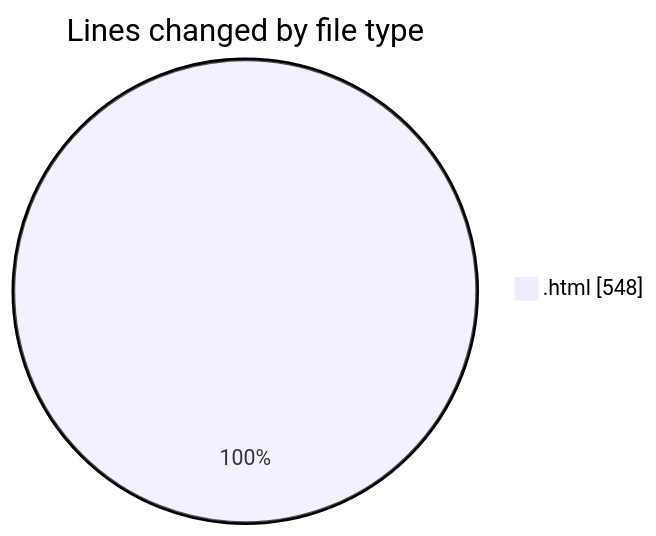
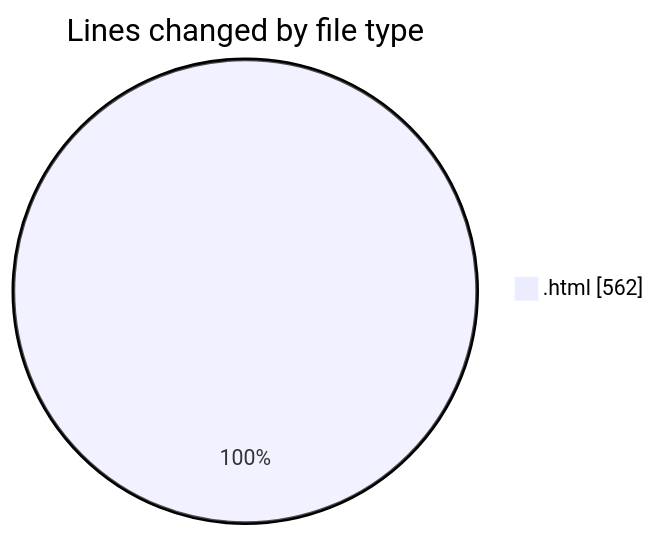
The first of 2 diagrams in 2025-01-13/nueva_carpeta/README.md (LanceThiago/code-tracking), drawn with Mermaid before and after one commit. The commit also changed other lines of this file and 1 other file, not shown here.

````diff
--- a/2025-01-13/nueva_carpeta/README.md
+++ b/2025-01-13/nueva_carpeta/README.md
@@ -20,5 +20,5 @@
 ```mermaid
 pie showData
 title Lines changed by file type
-".html" : 548
+".html" : 562
 ```
````
